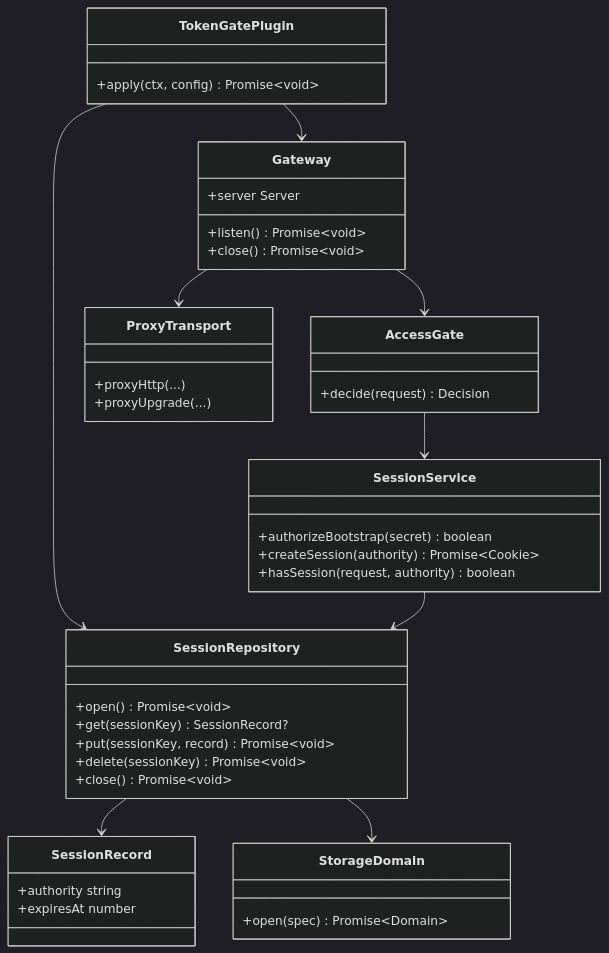
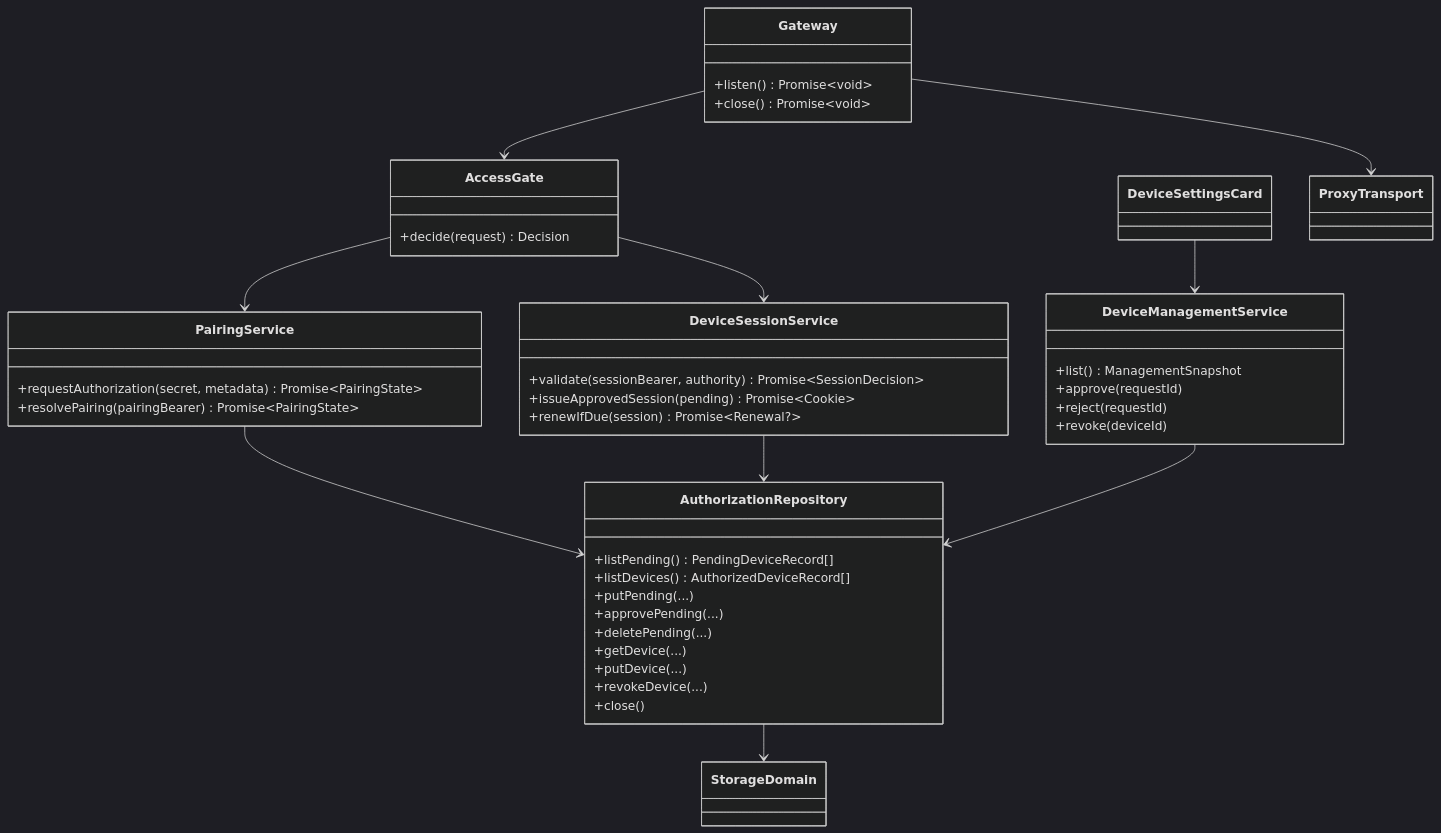
One commit to Ri0n72Y/dsh-token-gate changed the fifth of 9 diagrams in spec/architecture.md. Above: the diagram before and after it, drawn with Mermaid (dark theme). The commit also changed other lines of this file, not shown here.

Commit message:
docs: design host-approved device access

````diff
--- a/spec/architecture.md
+++ b/spec/architecture.md
@@ -179,53 +238,55 @@
 ```mermaid
 classDiagram
-    class TokenGatePlugin {
-      +apply(ctx, config) Promise~void~
-    }
-
     class Gateway {
-      +server Server
       +listen() Promise~void~
       +close() Promise~void~
     }
 
     class AccessGate {
       +decide(request) Decision
     }
 
-    class SessionService {
-      +authorizeBootstrap(secret) boolean
-      +createSession(authority) Promise~Cookie~
-      +hasSession(request, authority) boolean
+    class PairingService {
+      +requestAuthorization(secret, metadata) Promise~PairingState~
+      +resolvePairing(pairingBearer) Promise~PairingState~
     }
 
-    class SessionRepository {
-      +open() Promise~void~
-      +get(sessionKey) SessionRecord?
-      +put(sessionKey, record) Promise~void~
-      +delete(sessionKey) Promise~void~
-      +close() Promise~void~
+    class DeviceSessionService {
+      +validate(sessionBearer, authority) Promise~SessionDecision~
+      +issueApprovedSession(pending) Promise~Cookie~
+      +renewIfDue(session) Promise~Renewal?~
     }
 
-    class SessionRecord {
-      +authority string
-      +expiresAt number
+    class AuthorizationRepository {
+      +listPending() PendingDeviceRecord[]
+      +listDevices() AuthorizedDeviceRecord[]
+      +putPending(...)
+      +approvePending(...)
+      +deletePending(...)
+      +getDevice(...)
+      +putDevice(...)
+      +revokeDevice(...)
+      +close()
     }
 
-    class StorageDomain {
-      +open(spec) Promise~Domain~
+    class DeviceManagementService {
+      +list() ManagementSnapshot
+      +approve(requestId)
+      +reject(requestId)
+      +revoke(deviceId)
     }
 
-    class ProxyTransport {
-      +proxyHttp(...)
-      +proxyUpgrade(...)
-    }
+    class DeviceSettingsCard
+    class StorageDomain
+    class ProxyTransport
 
-    TokenGatePlugin --> Gateway
-    TokenGatePlugin --> SessionRepository
     Gateway --> AccessGate
-    AccessGate --> SessionService
-    SessionService --> SessionRepository
-    SessionRepository --> SessionRecord
-    SessionRepository --> StorageDomain
+    AccessGate --> PairingService
+    AccessGate --> DeviceSessionService
+    PairingService --> AuthorizationRepository
+    DeviceSessionService --> AuthorizationRepository
+    DeviceManagementService --> AuthorizationRepository
+    DeviceSettingsCard --> DeviceManagementService
+    AuthorizationRepository --> StorageDomain
     Gateway --> ProxyTransport
 ```
````
